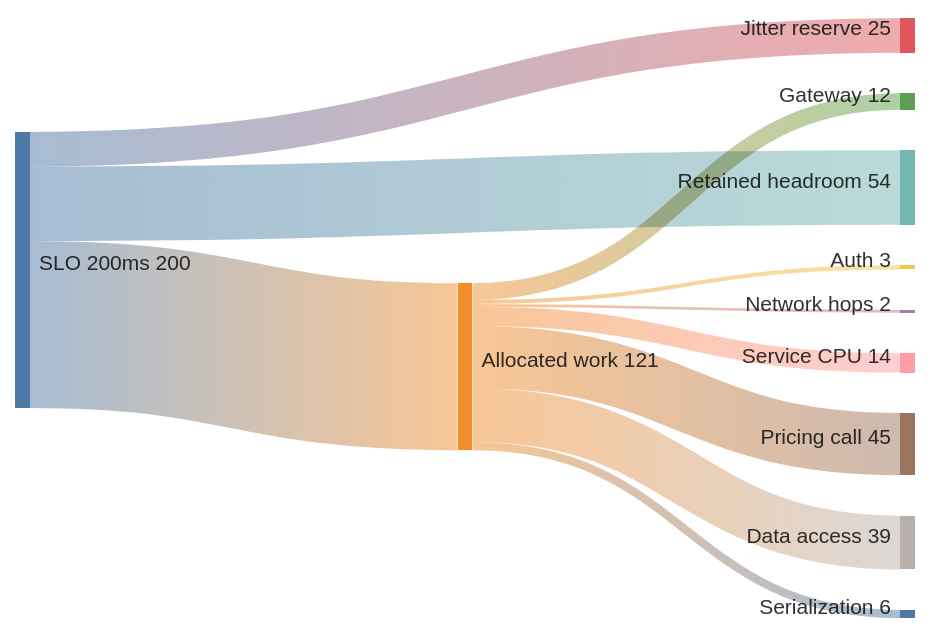
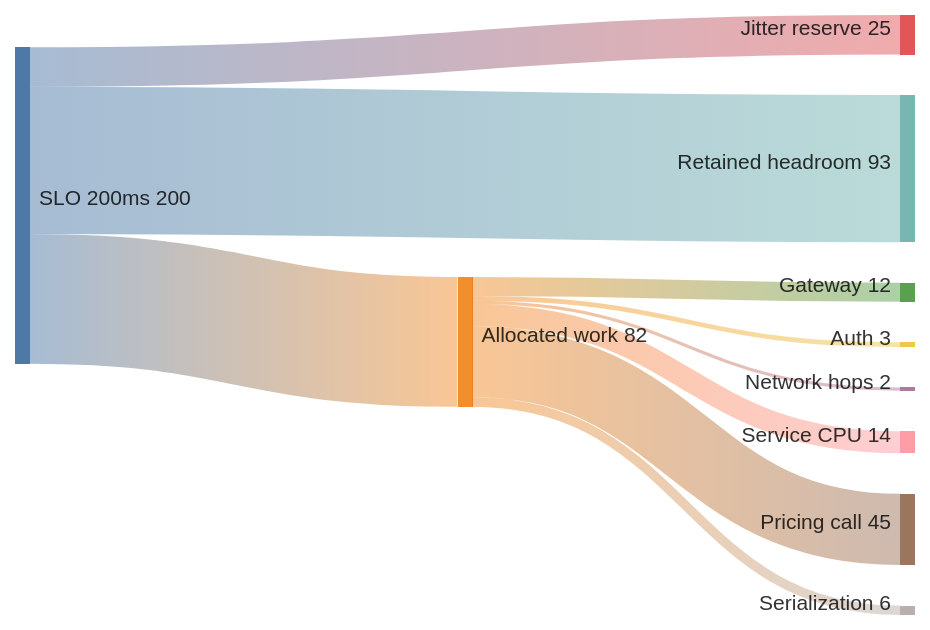
The second of 2 diagrams in src/main/java/com/rutik/systemdesign/backend/latency_budgets_and_slo_math/latency_budgets_and_slo_math.md (rppol/system-design), drawn with Mermaid before and after one commit. The commit also changed other lines of this file and 10 other files, not shown here.

````diff
--- a/src/main/java/com/rutik/systemdesign/backend/latency_budgets_and_slo_math/latency_budgets_and_slo_math.md
+++ b/src/main/java/com/rutik/systemdesign/backend/latency_budgets_and_slo_math/latency_budgets_and_slo_math.md
@@ -150,14 +150,13 @@
 ```mermaid
 sankey-beta
 
-SLO 200ms,Allocated work,121
+SLO 200ms,Allocated work,82
 SLO 200ms,Jitter reserve,25
-SLO 200ms,Retained headroom,54
+SLO 200ms,Retained headroom,93
 Allocated work,Gateway,12
 Allocated work,Auth,3
 Allocated work,Network hops,2
 Allocated work,Service CPU,14
 Allocated work,Pricing call,45
-Allocated work,Data access,39
 Allocated work,Serialization,6
 ```
````
